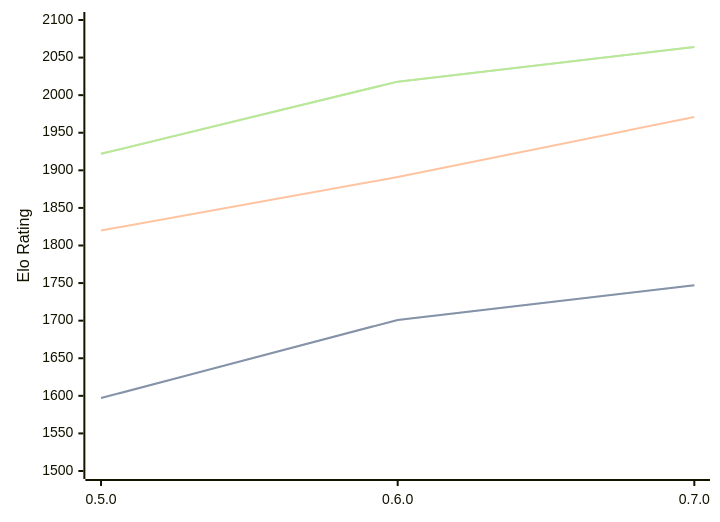
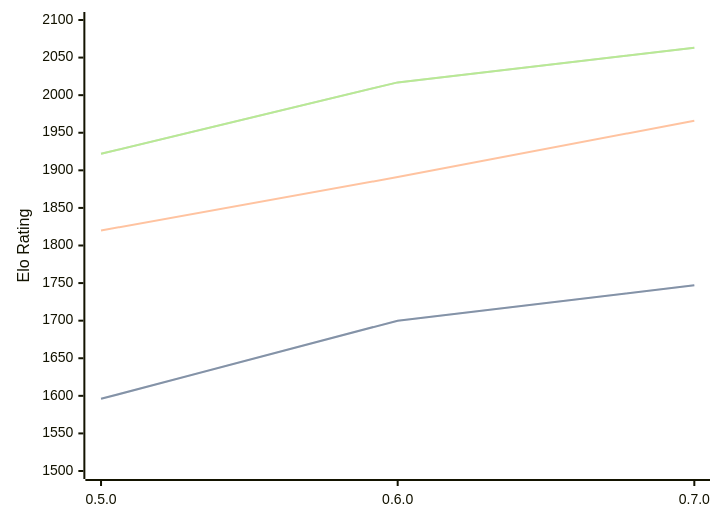
One commit to computer-chess-index/cci changed the diagram in engines/Chess-rs.md. Above: the diagram before and after it, drawn with Mermaid. The commit also changed other lines of this file, not shown here.

Commit message:
Update CCI Ratings (ELO VLTC) - 2026-03-16

````diff
--- a/engines/Chess-rs.md
+++ b/engines/Chess-rs.md
@@ -39,11 +39,11 @@
 ```mermaid
 %%{init: {"theme":"base","themeVariables":{"seriesColors:['#a3a3a3','#222221','#faa371']}}}%%
 xychart-beta
   x-axis ["0.5.0", "0.6.0", "0.7.0"]
   y-axis "Elo Rating" 1500 --> 2100
-  line "STC (8.0+0.08s)" [1597, 1701, 1747]
-  line "STC (8.0+0.08s)" [1597, 1701, 1747]
-  line "LTC (60.0+0.60s)" [1820, 1891, 1971]
-  line "VLTC (2m24s+1.12s)" [1922, 2018, 2064]
-  line "VLTC (2m24s+1.12s)" [1922, 2018, 2064]
+  line "STC (8.0+0.08s)" [1596, 1700, 1747]
+  line "STC (8.0+0.08s)" [1596, 1700, 1747]
+  line "LTC (60.0+0.60s)" [1820, 1891, 1966]
+  line "VLTC (2m24s+1.12s)" [1922, 2017, 2063]
+  line "VLTC (2m24s+1.12s)" [1922, 2017, 2063]
 ```
````
